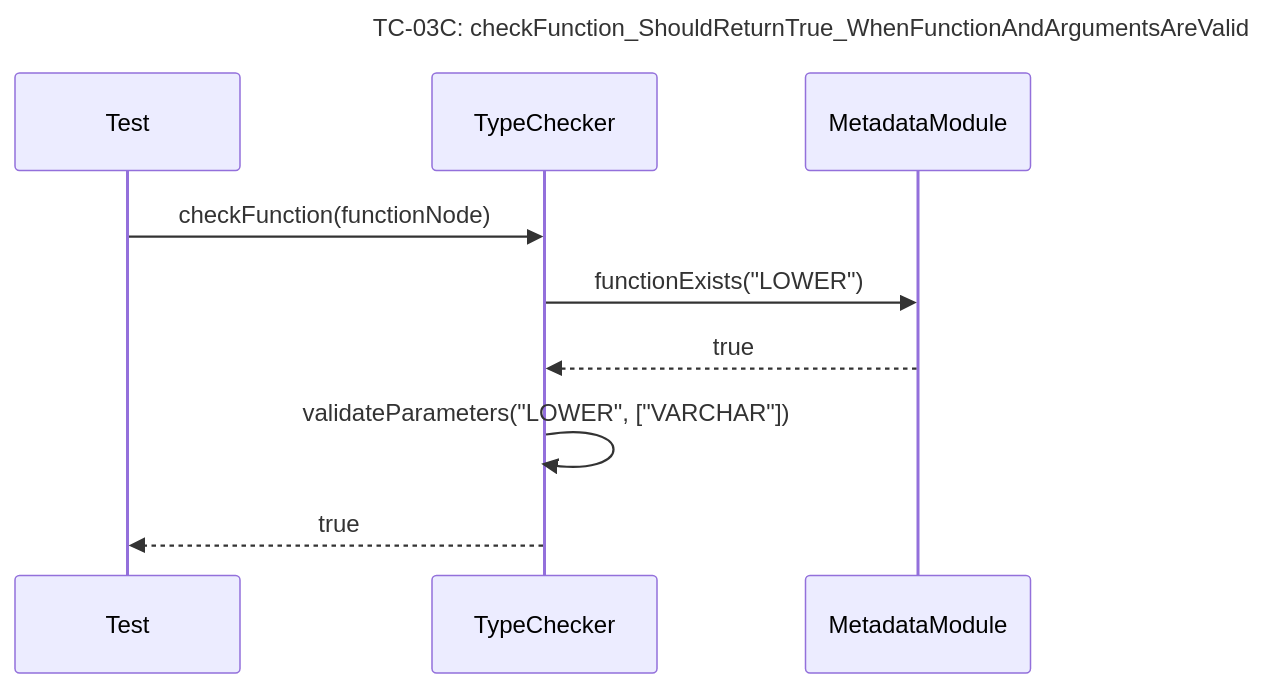
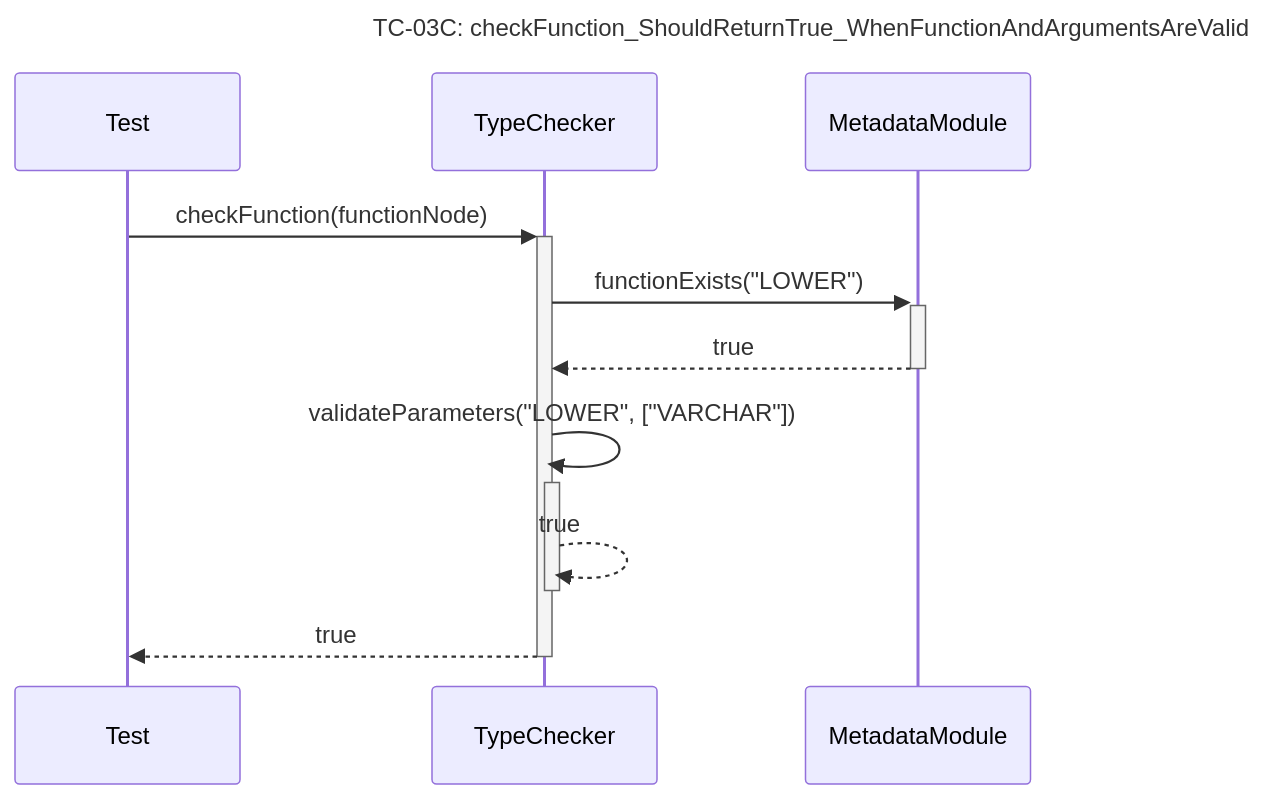
Before and after one commit to Dikhang1112/Database_Management_BBV: diagram 16 of 30 in docs/unit_test/query_prossor/SequeceTestCase.md, drawn with Mermaid. The commit also changed other lines of this file and 12 other files, not shown here.

Commit message:
Refactor sequece diagram

````diff
--- a/docs/unit_test/query_prossor/SequeceTestCase.md
+++ b/docs/unit_test/query_prossor/SequeceTestCase.md
@@ -230,13 +238,14 @@
 ```mermaid
 sequenceDiagram
     title TC-03C: checkFunction_ShouldReturnTrue_WhenFunctionAndArgumentsAreValid
     participant Test
     participant TypeChecker
     participant MetadataModule
 
-    Test->>TypeChecker: checkFunction(functionNode)
-    TypeChecker->>MetadataModule: functionExists("LOWER")
-    MetadataModule-->>TypeChecker: true
-    TypeChecker->>TypeChecker: validateParameters("LOWER", ["VARCHAR"])
-    TypeChecker-->>Test: true
+    Test->>+TypeChecker: checkFunction(functionNode)
+    TypeChecker->>+MetadataModule: functionExists("LOWER")
+    MetadataModule-->>-TypeChecker: true
+    TypeChecker->>+TypeChecker: validateParameters("LOWER", ["VARCHAR"])
+    TypeChecker-->>-TypeChecker: true
+    TypeChecker-->>-Test: true
 ```
````
